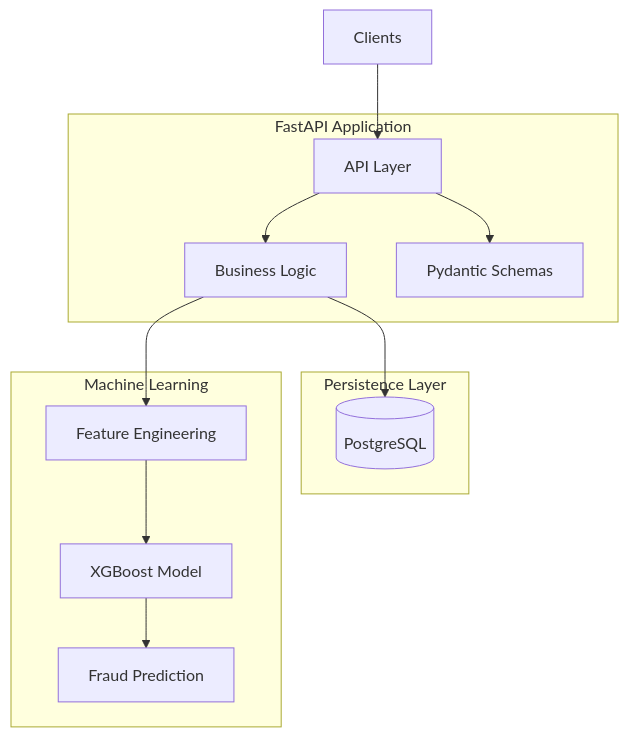
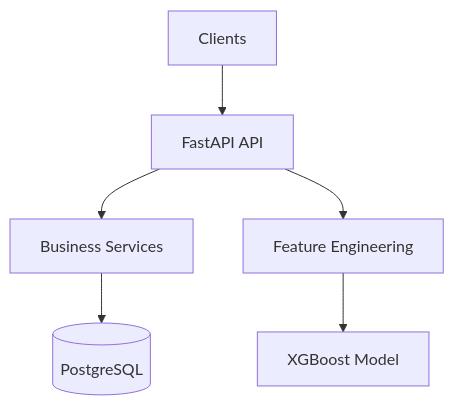
The diagram in README.md (ginko97/transaction-processing-service), drawn with Mermaid before and after one commit. The commit also changed other lines of this file and 6 other files, not shown here.

````diff
--- a/README.md
+++ b/README.md
@@ -57,31 +58,17 @@
 ```mermaid
 flowchart TD
 
-    Client[Clients]
+    Client["Clients"]
+    API["FastAPI API"]
+    Service["Business Services"]
+    DB[("PostgreSQL")]
+    FE["Feature Engineering"]
+    Model["XGBoost Model"]
 
-    subgraph API["FastAPI Application"]
-        Handler[API Layer]
-        Service[Business Logic]
-        Schema[Pydantic Schemas]
-    end
-
-    subgraph Storage["Persistence Layer"]
-        DB[(PostgreSQL)]
-    end
-
-    subgraph ML["Machine Learning"]
-        FE[Feature Engineering]
-        Model[XGBoost Model]
-        Predict[Fraud Prediction]
-    end
-
-    Client --> Handler
-    Handler --> Schema
-    Handler --> Service
-
+    Client --> API
+    API --> Service
     Service --> DB
 
-    Service --> FE
+    API --> FE
     FE --> Model
-    Model --> Predict
 ```
````
